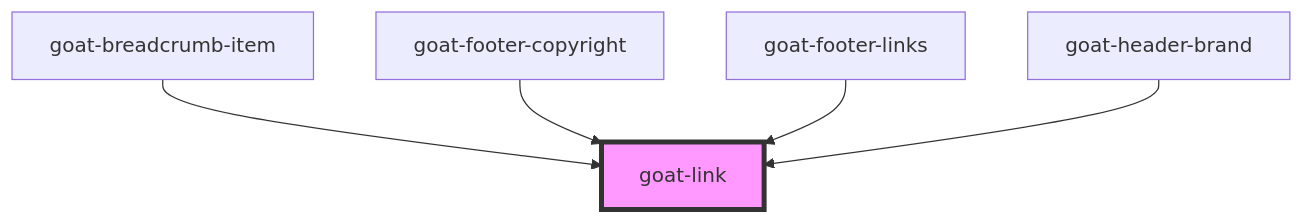
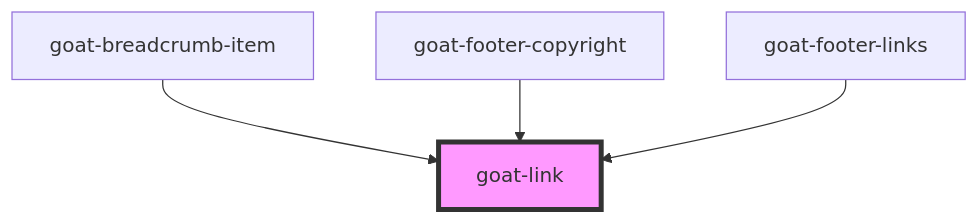
Before and after one commit to goatui/components: the diagram in src/components/link/readme.md, drawn with Mermaid. The commit also changed other lines of this file and 7 other files, not shown here.

````diff
--- a/src/components/link/readme.md
+++ b/src/components/link/readme.md
@@ -39,8 +38,7 @@
 ```mermaid
 graph TD;
   goat-breadcrumb-item --> goat-link
   goat-footer-copyright --> goat-link
   goat-footer-links --> goat-link
-  goat-header-brand --> goat-link
   style goat-link fill:#f9f,stroke:#333,stroke-width:4px
 ```
````
